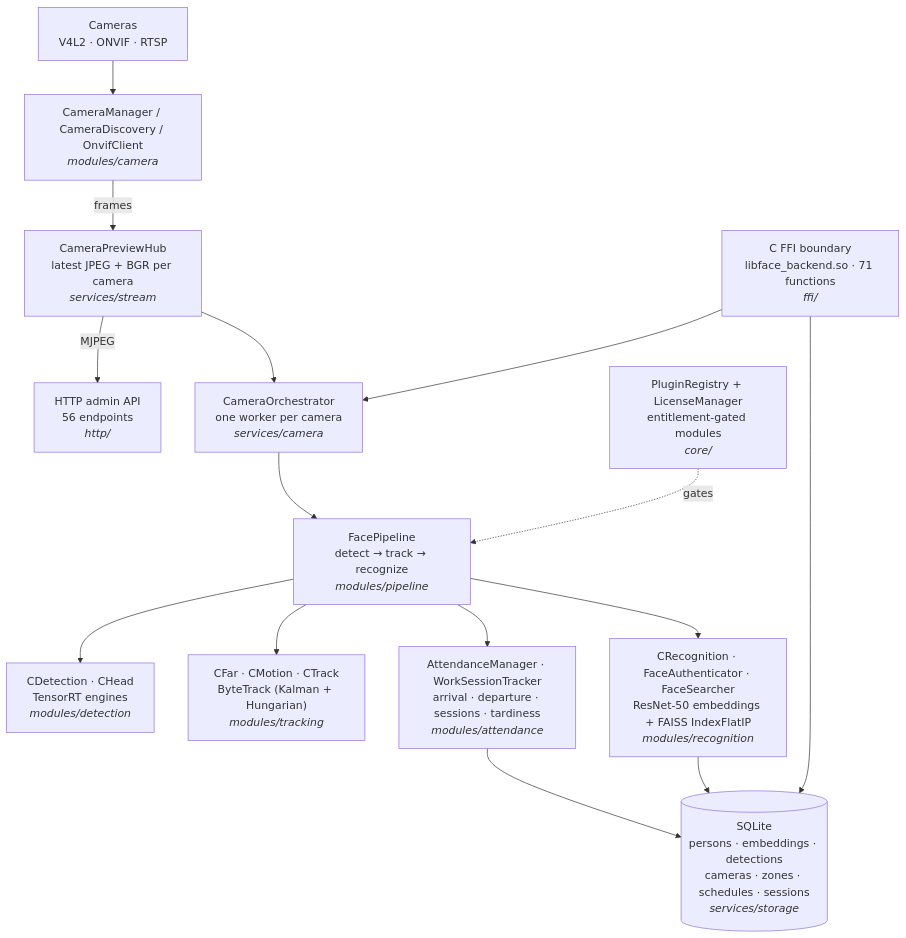
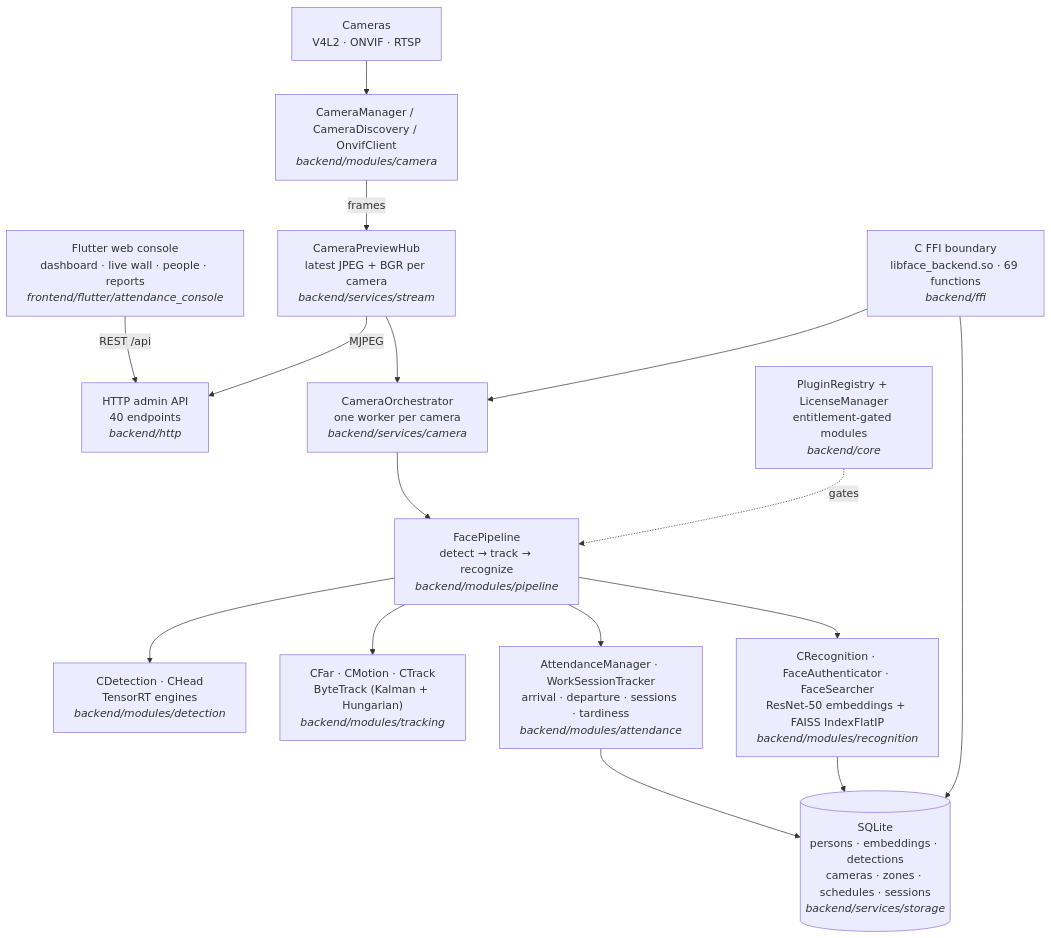
One commit to seyedmohammadsinahosseini/Aura changed the diagram in README.md. Above: the diagram before and after it, drawn with Mermaid. The commit also changed other lines of this file and 302 other files, not shown here.

First line of the commit message:
feat: full-stack edition — complete backend + Flutter web console

````diff
--- a/README.md
+++ b/README.md
@@ -92,17 +98,18 @@
 ```mermaid
 flowchart TD
-    CAM["Cameras<br/>V4L2 · ONVIF · RTSP"] --> CM["CameraManager / CameraDiscovery / OnvifClient<br/><i>modules/camera</i>"]
-    CM -->|frames| HUB["CameraPreviewHub<br/>latest JPEG + BGR per camera<br/><i>services/stream</i>"]
-    HUB -->|MJPEG| HTTP["HTTP admin API<br/>56 endpoints<br/><i>http/</i>"]
-    HUB --> ORCH["CameraOrchestrator<br/>one worker per camera<br/><i>services/camera</i>"]
-    ORCH --> PIPE["FacePipeline<br/>detect → track → recognize<br/><i>modules/pipeline</i>"]
-    PIPE --> DET["CDetection · CHead<br/>TensorRT engines<br/><i>modules/detection</i>"]
-    PIPE --> TRK["CFar · CMotion · CTrack<br/>ByteTrack (Kalman + Hungarian)<br/><i>modules/tracking</i>"]
-    PIPE --> REC["CRecognition · FaceAuthenticator · FaceSearcher<br/>ResNet-50 embeddings + FAISS IndexFlatIP<br/><i>modules/recognition</i>"]
-    PIPE --> ATT["AttendanceManager · WorkSessionTracker<br/>arrival · departure · sessions · tardiness<br/><i>modules/attendance</i>"]
-    ATT --> DB[("SQLite<br/>persons · embeddings · detections<br/>cameras · zones · schedules · sessions<br/><i>services/storage</i>")]
+    WEB["Flutter web console<br/>dashboard · live wall · people · reports<br/><i>frontend/flutter/attendance_console</i>"] -->|REST /api| HTTP
+    CAM["Cameras<br/>V4L2 · ONVIF · RTSP"] --> CM["CameraManager / CameraDiscovery / OnvifClient<br/><i>backend/modules/camera</i>"]
+    CM -->|frames| HUB["CameraPreviewHub<br/>latest JPEG + BGR per camera<br/><i>backend/services/stream</i>"]
+    HUB -->|MJPEG| HTTP["HTTP admin API<br/>40 endpoints<br/><i>backend/http</i>"]
+    HUB --> ORCH["CameraOrchestrator<br/>one worker per camera<br/><i>backend/services/camera</i>"]
+    ORCH --> PIPE["FacePipeline<br/>detect → track → recognize<br/><i>backend/modules/pipeline</i>"]
+    PIPE --> DET["CDetection · CHead<br/>TensorRT engines<br/><i>backend/modules/detection</i>"]
+    PIPE --> TRK["CFar · CMotion · CTrack<br/>ByteTrack (Kalman + Hungarian)<br/><i>backend/modules/tracking</i>"]
+    PIPE --> REC["CRecognition · FaceAuthenticator · FaceSearcher<br/>ResNet-50 embeddings + FAISS IndexFlatIP<br/><i>backend/modules/recognition</i>"]
+    PIPE --> ATT["AttendanceManager · WorkSessionTracker<br/>arrival · departure · sessions · tardiness<br/><i>backend/modules/attendance</i>"]
+    ATT --> DB[("SQLite<br/>persons · embeddings · detections<br/>cameras · zones · schedules · sessions<br/><i>backend/services/storage</i>")]
     REC --> DB
-    FFI["C FFI boundary<br/>libface_backend.so · 71 functions<br/><i>ffi/</i>"] --> ORCH
+    FFI["C FFI boundary<br/>libface_backend.so · 69 functions<br/><i>backend/ffi</i>"] --> ORCH
     FFI --> DB
-    REG["PluginRegistry + LicenseManager<br/>entitlement-gated modules<br/><i>core/</i>"] -.gates.-> PIPE
+    REG["PluginRegistry + LicenseManager<br/>entitlement-gated modules<br/><i>backend/core</i>"] -.gates.-> PIPE
 ```
````
